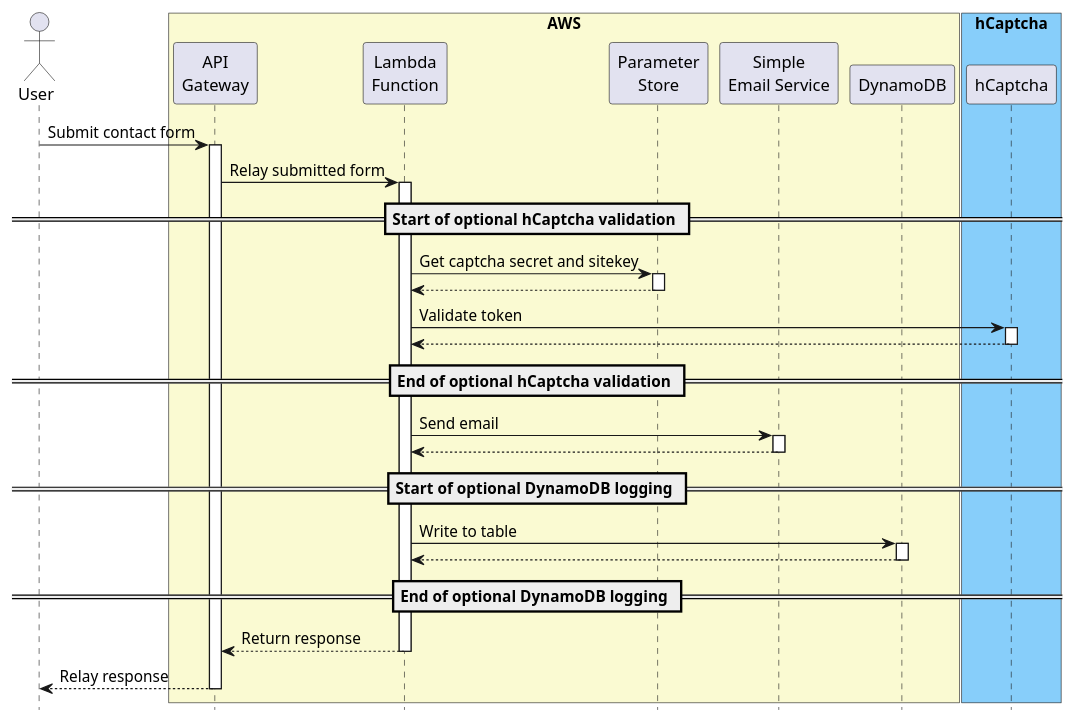
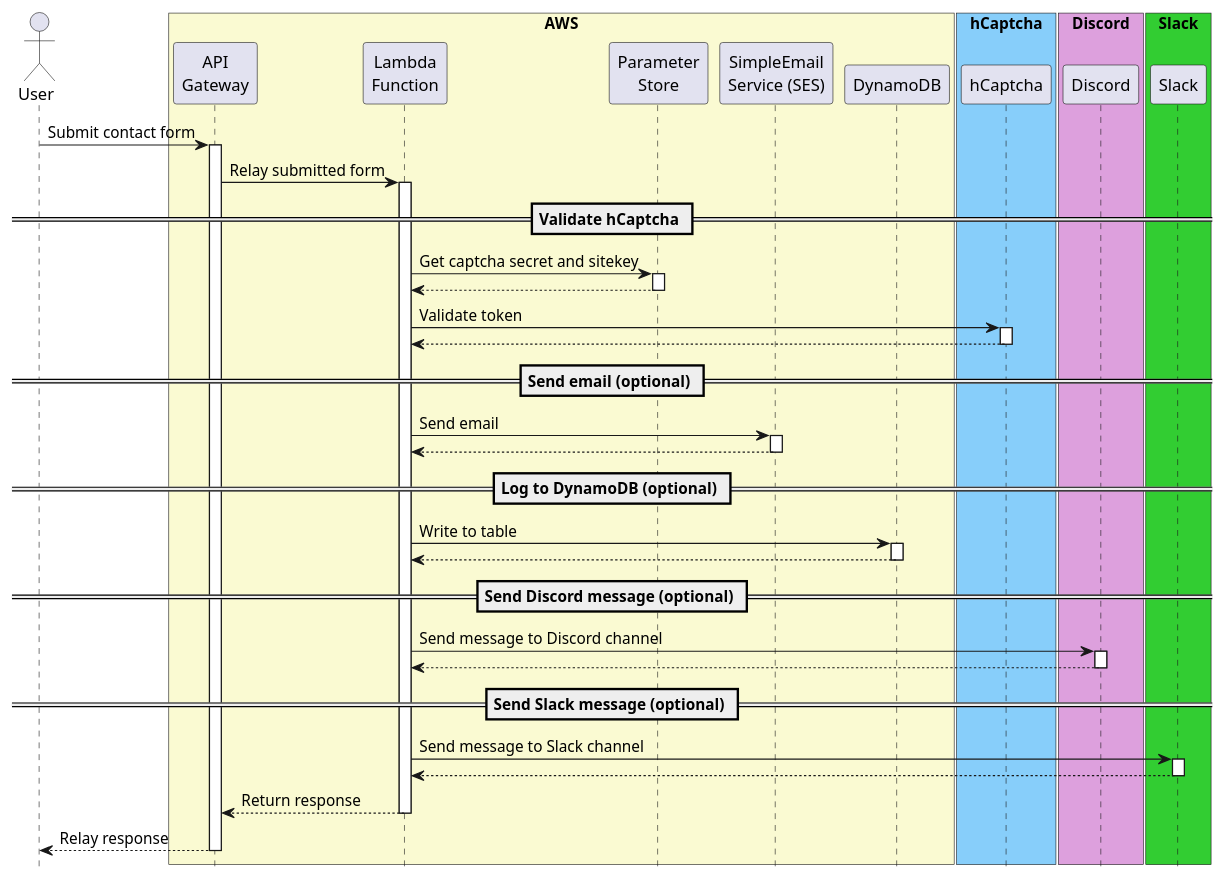
Before and after one commit to voquis/aws-lambda-contact-form-handler: the diagram in docs/diagrams/sequence/overview.puml, drawn with PlantUML. The commit also changed 14 other files, not shown here.

Commit message:
#10 send slack messages

```diff
--- a/docs/diagrams/sequence/overview.puml
+++ b/docs/diagrams/sequence/overview.puml
@@ -1,44 +1,56 @@
 @startuml overview
 autoactivate on
 hide footbox
 
 actor "User" as USER
 
 box "AWS" #LightGoldenRodYellow
 participant "API\nGateway"           as APIGW
 participant "Lambda\nFunction"       as LAMBDA
 participant "Parameter\nStore"       as PARM
-participant "Simple\nEmail Service"  as SES
+participant "SimpleEmail\nService (SES)"  as SES
 participant "DynamoDB"               as DYNAMODB
+
 ' AWS
 USER   ->  APIGW  : Submit contact form
 APIGW  ->  LAMBDA : Relay submitted form
 
-== Start of optional hCaptcha validation ==
+== Validate hCaptcha ==
 LAMBDA ->  PARM   : Get captcha secret and sitekey
-LAMBDA <-- PARM
+return
 end box
 
 ' hCaptcha
 box "hCaptcha" #LightSkyBlue
 participant "hCaptcha" as CAPTCHA
 LAMBDA ->  CAPTCHA : Validate token
-LAMBDA <-- CAPTCHA
+return
 end box
 
-== End of optional hCaptcha validation ==
+== Send email (optional) ==
 
 ' AWS
 LAMBDA ->  SES : Send email
-LAMBDA <-- SES
+return
 
-== Start of optional DynamoDB logging ==
+== Log to DynamoDB (optional) ==
 
 LAMBDA ->  DYNAMODB : Write to table
-LAMBDA <-- DYNAMODB
-== End of optional DynamoDB logging ==
+return
+
+== Send Discord message (optional) ==
+box "Discord" #Plum
+participant "Discord" as DISCORD
+LAMBDA ->  DISCORD : Send message to Discord channel
+return
+
+== Send Slack message (optional) ==
+box "Slack" #LimeGreen
+participant "Slack" as SLACK
+LAMBDA ->  SLACK : Send message to Slack channel
+return
 
 APIGW  <-- LAMBDA : Return response
-USER   <-- APIGW : Relay response
+return Relay response
 
 @enduml
```
